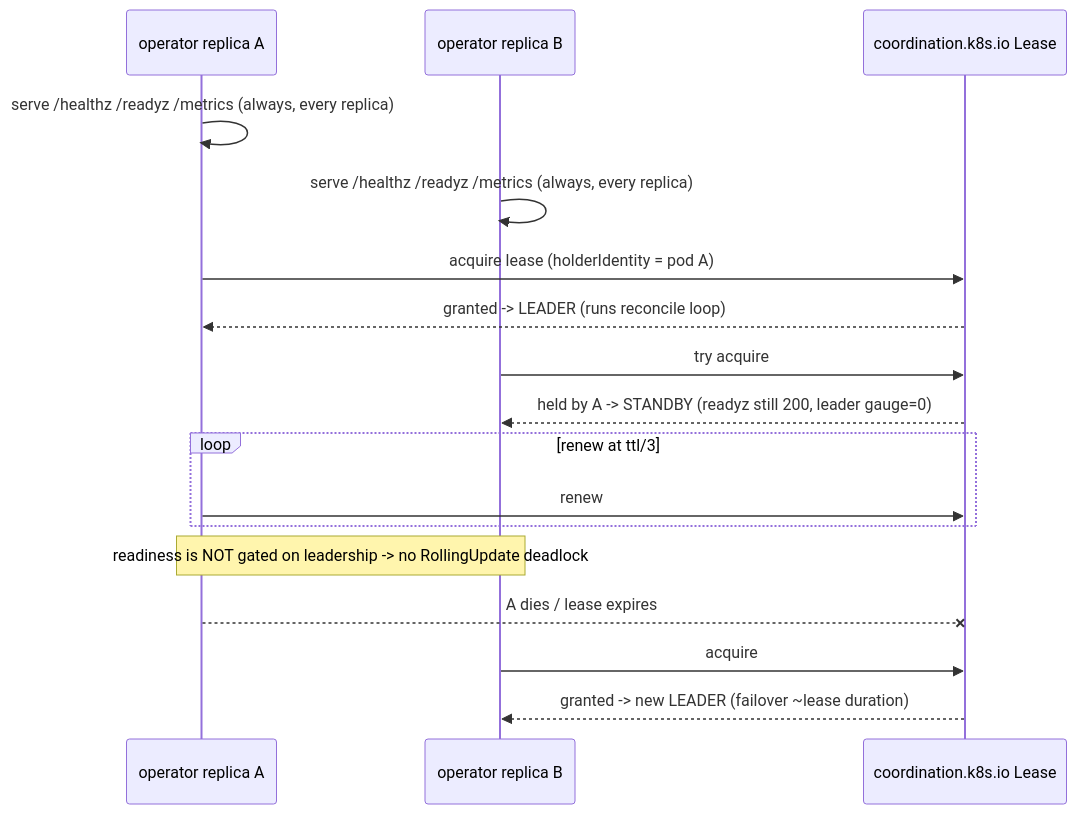
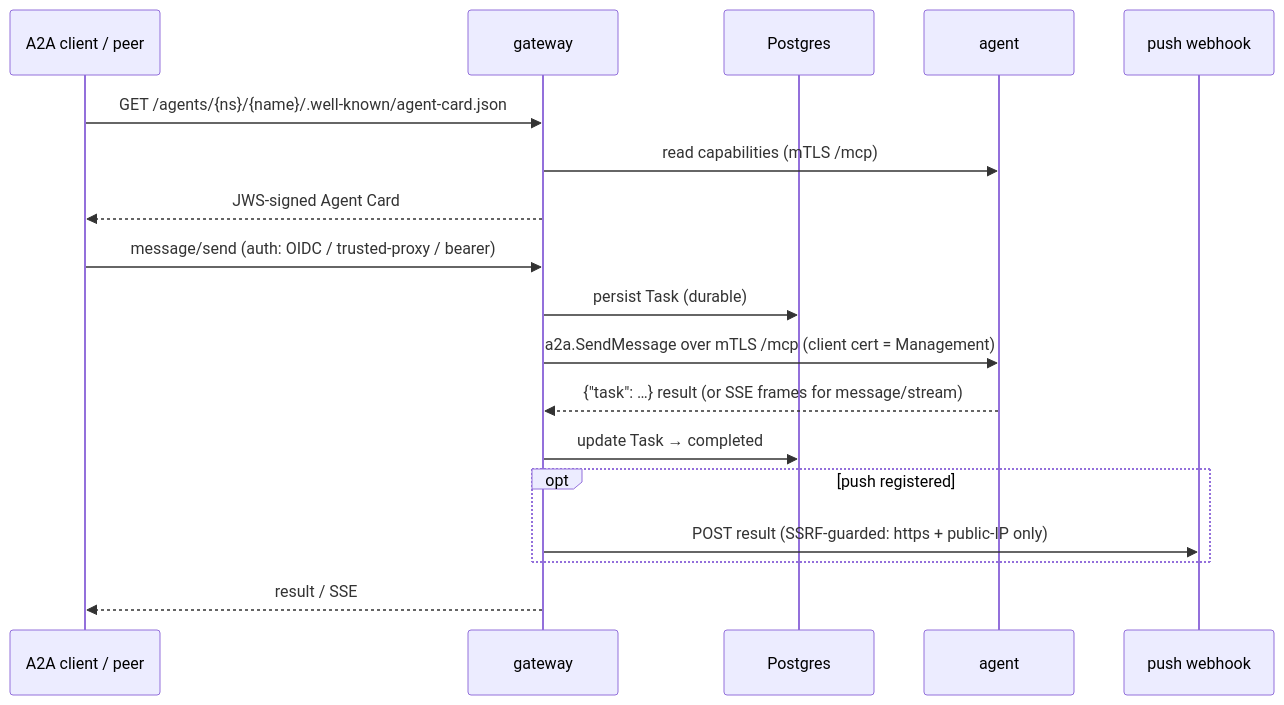
Before and after one commit to AgentCTL-dev/source-code: the seventh of 8 diagrams in docs/architecture.md, drawn with Mermaid. The commit also changed other lines of this file and 103 other files, not shown here.

````diff
--- a/docs/architecture.md
+++ b/docs/architecture.md
@@ -366,19 +535,20 @@
 ```mermaid
 sequenceDiagram
-  participant A as operator replica A
-  participant B as operator replica B
-  participant L as coordination.k8s.io Lease
-  A->>A: serve /healthz /readyz /metrics (always, every replica)
-  B->>B: serve /healthz /readyz /metrics (always, every replica)
-  A->>L: acquire lease (holderIdentity = pod A)
-  L-->>A: granted -> LEADER (runs reconcile loop)
-  B->>L: try acquire
-  L-->>B: held by A -> STANDBY (readyz still 200, leader gauge=0)
-  loop renew at ttl/3
-    A->>L: renew
+  participant C as A2A client / peer
+  participant GW as gateway
+  participant DB as Postgres
+  participant AG as agent
+  participant WH as push webhook
+  C->>GW: GET /agents/{ns}/{name}/.well-known/agent-card.json
+  GW->>AG: read capabilities (mTLS /mcp)
+  GW-->>C: JWS-signed Agent Card
+  C->>GW: message/send (auth: OIDC / trusted-proxy / bearer)
+  GW->>DB: persist Task (durable)
+  GW->>AG: a2a.SendMessage over mTLS /mcp (client cert = Management)
+  AG-->>GW: {"task": …} result (or SSE frames for message/stream)
+  GW->>DB: update Task → completed
+  opt push registered
+    GW->>WH: POST result (SSRF-guarded: https + public-IP only)
   end
-  Note over A,B: readiness is NOT gated on leadership -> no RollingUpdate deadlock
-  A--xL: A dies / lease expires
-  B->>L: acquire
-  L-->>B: granted -> new LEADER (failover ~lease duration)
+  GW-->>C: result / SSE
 ```
````
